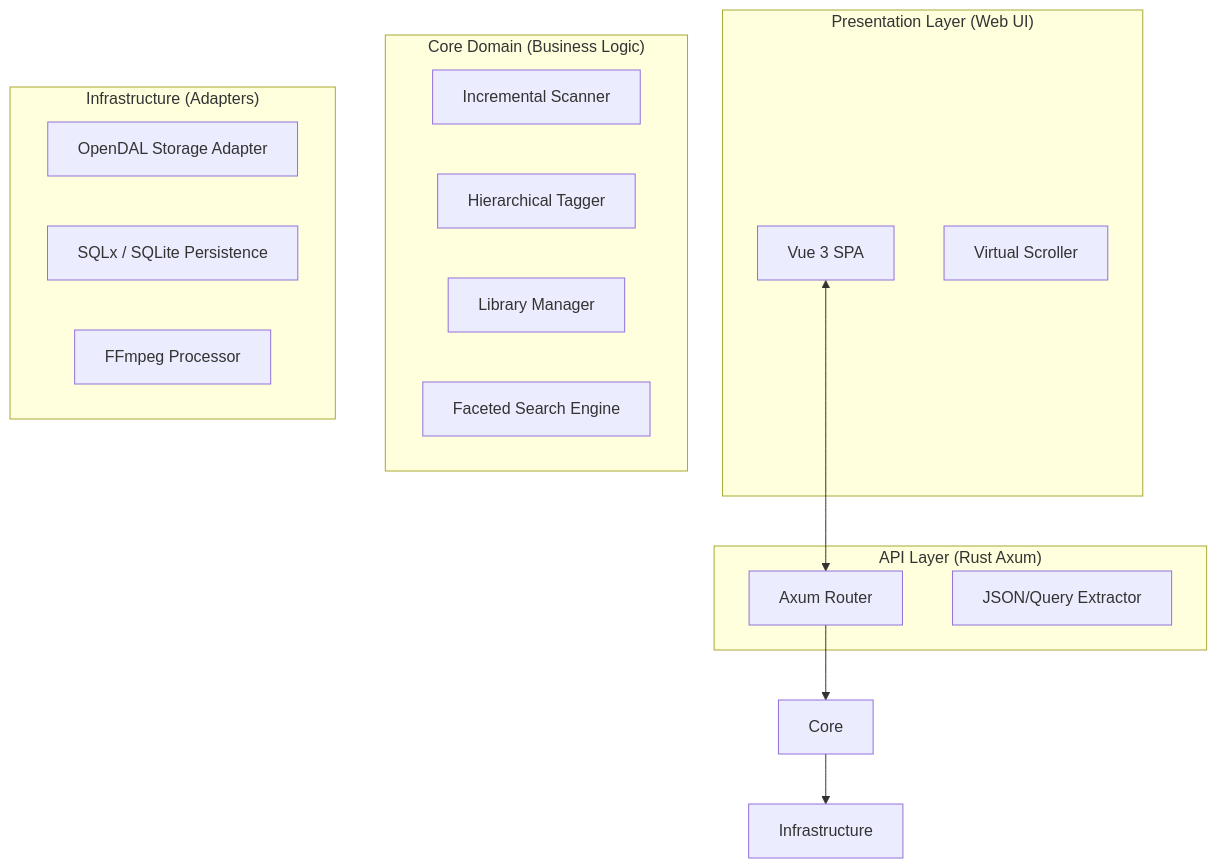
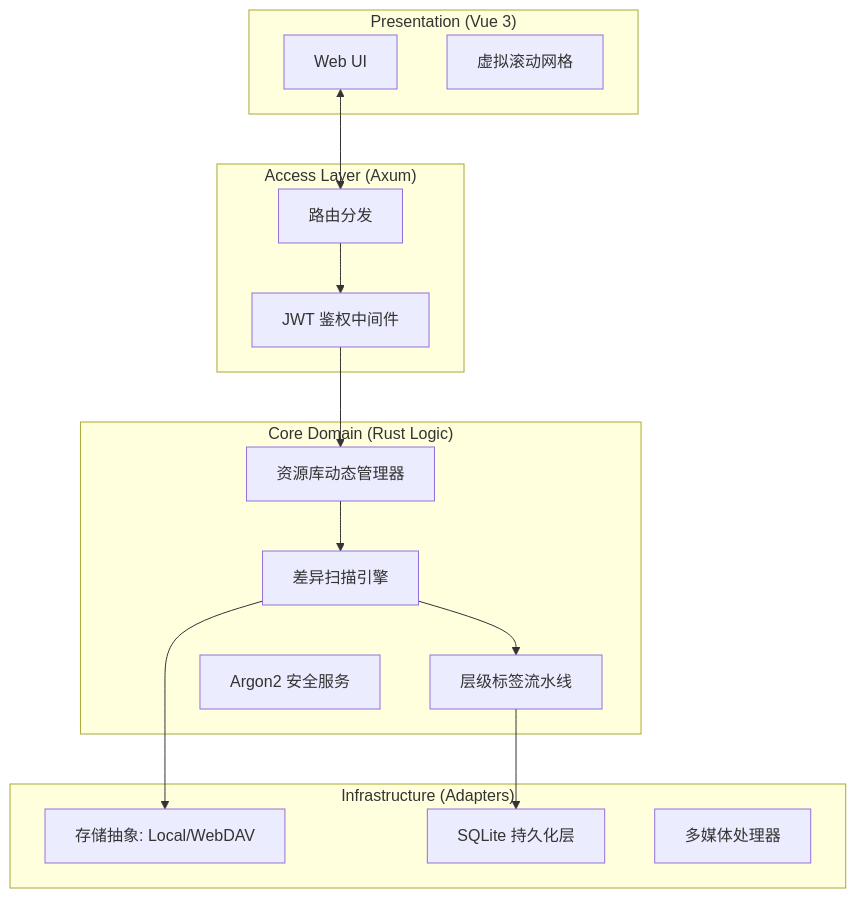
One commit to sayeui/tagflow changed the first of 2 diagrams in doc/TagFlow 系统详细设计规格说明书.md. Above: the diagram before and after it, drawn with Mermaid. The commit also changed other lines of this file and 7 other files, not shown here.

````diff
--- a/doc/TagFlow 系统详细设计规格说明书.md
+++ b/doc/TagFlow 系统详细设计规格说明书.md
@@ -13,29 +15,33 @@
 ```mermaid
 graph TD
-    subgraph "Presentation Layer (Web UI)"
-        Vue[Vue 3 SPA]
-        V_Scroller[Virtual Scroller]
+    subgraph "Presentation (Vue 3)"
+        UI[Web UI]
+        V_Grid[虚拟滚动网格]
     end
 
-    subgraph "API Layer (Rust Axum)"
-        Router[Axum Router]
-        Extractor[JSON/Query Extractor]
+    subgraph "Access Layer (Axum)"
+        Router[路由分发]
+        Auth_MW[JWT 鉴权中间件]
     end
 
-    subgraph "Core Domain (Business Logic)"
-        Scanner[Incremental Scanner]
-        TaggerEngine[Hierarchical Tagger]
-        LibManager[Library Manager]
-        Searcher[Faceted Search Engine]
+    subgraph "Core Domain (Rust Logic)"
+        Scanner[差异扫描引擎]
+        Tagger[层级标签流水线]
+        Lib_Manager[资源库动态管理器]
+        Auth_Service[Argon2 安全服务]
     end
 
     subgraph "Infrastructure (Adapters)"
-        OpenDAL[OpenDAL Storage Adapter]
-        SQLx[SQLx / SQLite Persistence]
-        FFmpeg[FFmpeg Processor]
+        OpenDAL[存储抽象: Local/WebDAV]
+        SQLx[SQLite 持久化层]
+        FFmpeg[多媒体处理器]
     end
 
-    Vue <--> Router
-    Router --> Core
-    Core --> Infrastructure
+    UI <--> Router
+    Router --> Auth_MW
+    Auth_MW --> Lib_Manager
+    Lib_Manager --> Scanner
+    Scanner --> OpenDAL
+    Scanner --> Tagger
+    Tagger --> SQLx
 ```
````
